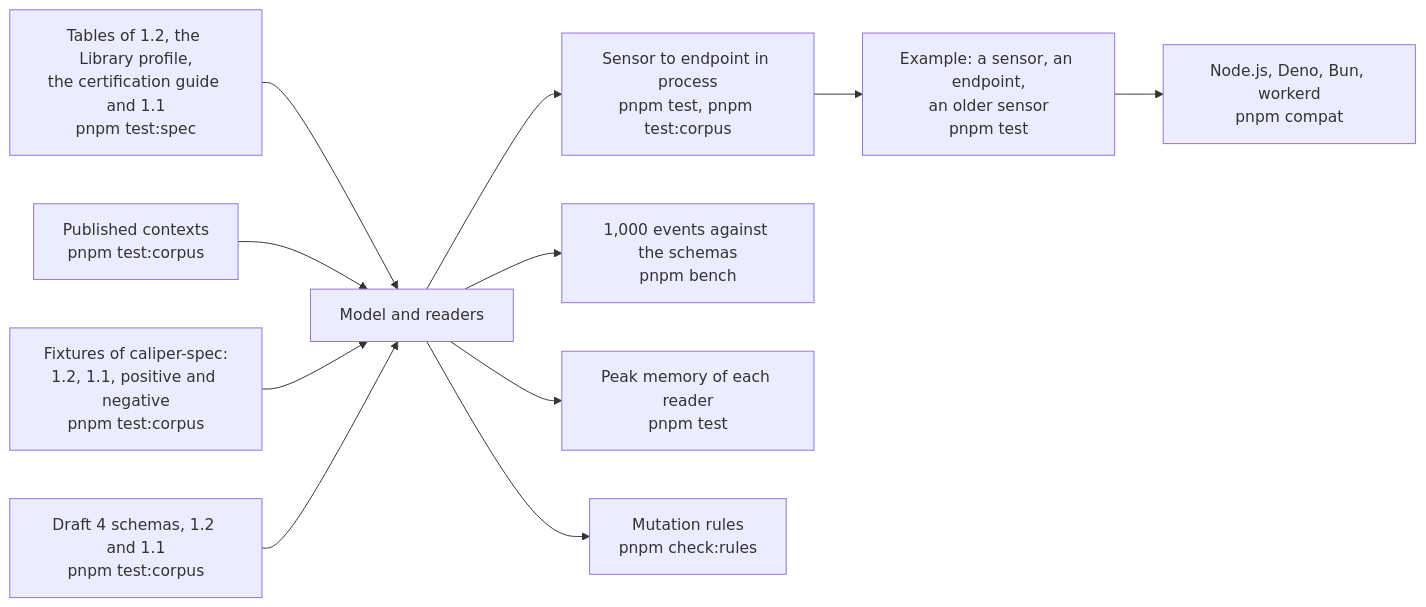
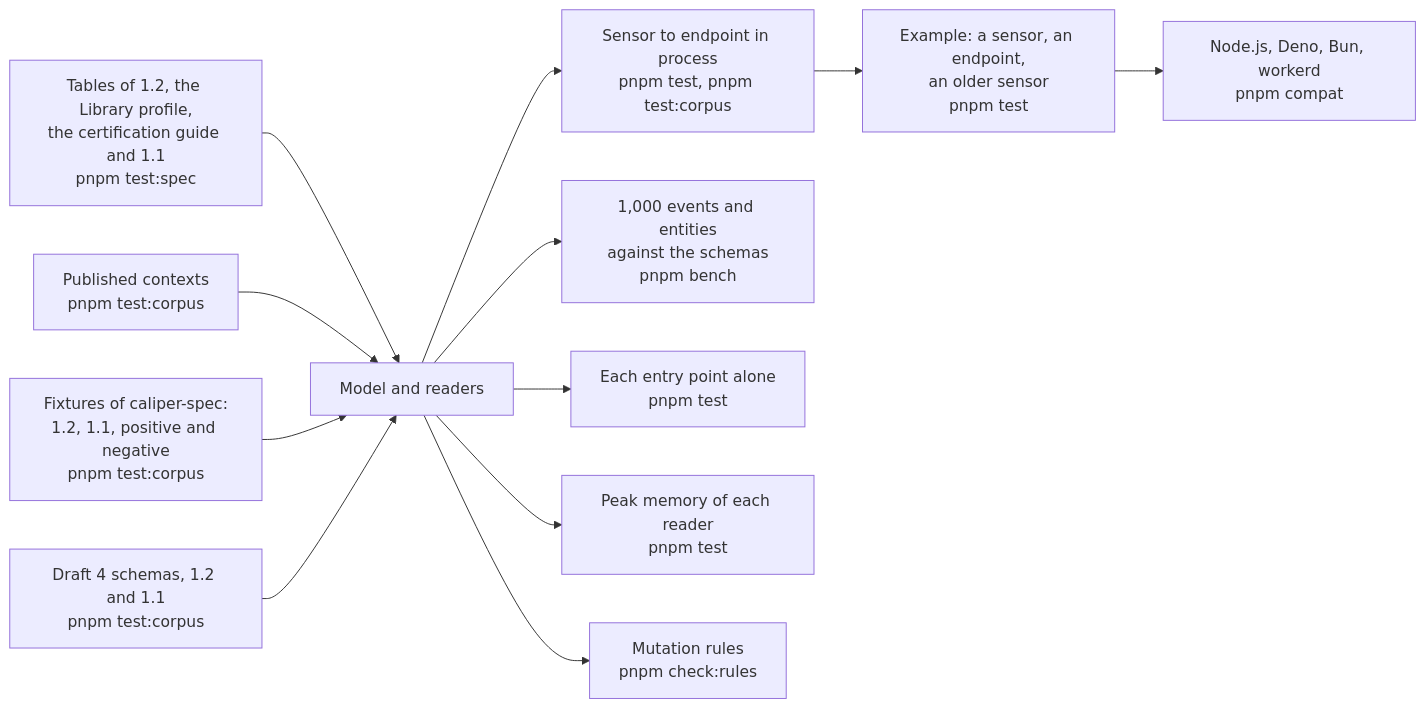
One commit to interopkit/interopkit changed the diagram in docs/learning-analytics/evidence.md. Above: the diagram before and after it, drawn with Mermaid. The commit also changed other lines of this file and 6 other files, not shown here.

First line of the commit message:
Give the measured speed, entry sizes and peaks of learning-analytics, learning-records and competency-frameworks in their evidence guides

````diff
--- a/docs/learning-analytics/evidence.md
+++ b/docs/learning-analytics/evidence.md
@@ -8,13 +8,14 @@
 ```mermaid
 flowchart LR
   tables["Tables of 1.2, the Library profile,<br/>the certification guide and 1.1<br/>pnpm test:spec"] --> model["Model and readers"]
   contexts["Published contexts<br/>pnpm test:corpus"] --> model
   fixtures["Fixtures of caliper-spec:<br/>1.2, 1.1, positive and negative<br/>pnpm test:corpus"] --> model
   schemas["Draft 4 schemas, 1.2 and 1.1<br/>pnpm test:corpus"] --> model
   model --> roundtrip["Sensor to endpoint in process<br/>pnpm test, pnpm test:corpus"]
   roundtrip --> example["Example: a sensor, an endpoint,<br/>an older sensor<br/>pnpm test"]
   example --> runtimes["Node.js, Deno, Bun, workerd<br/>pnpm compat"]
-  model --> speed["1,000 events against the schemas<br/>pnpm bench"]
+  model --> speed["1,000 events and entities<br/>against the schemas<br/>pnpm bench"]
+  model --> size["Each entry point alone<br/>pnpm test"]
   model --> memory["Peak memory of each reader<br/>pnpm test"]
   model --> rules["Mutation rules<br/>pnpm check:rules"]
 ```
````
